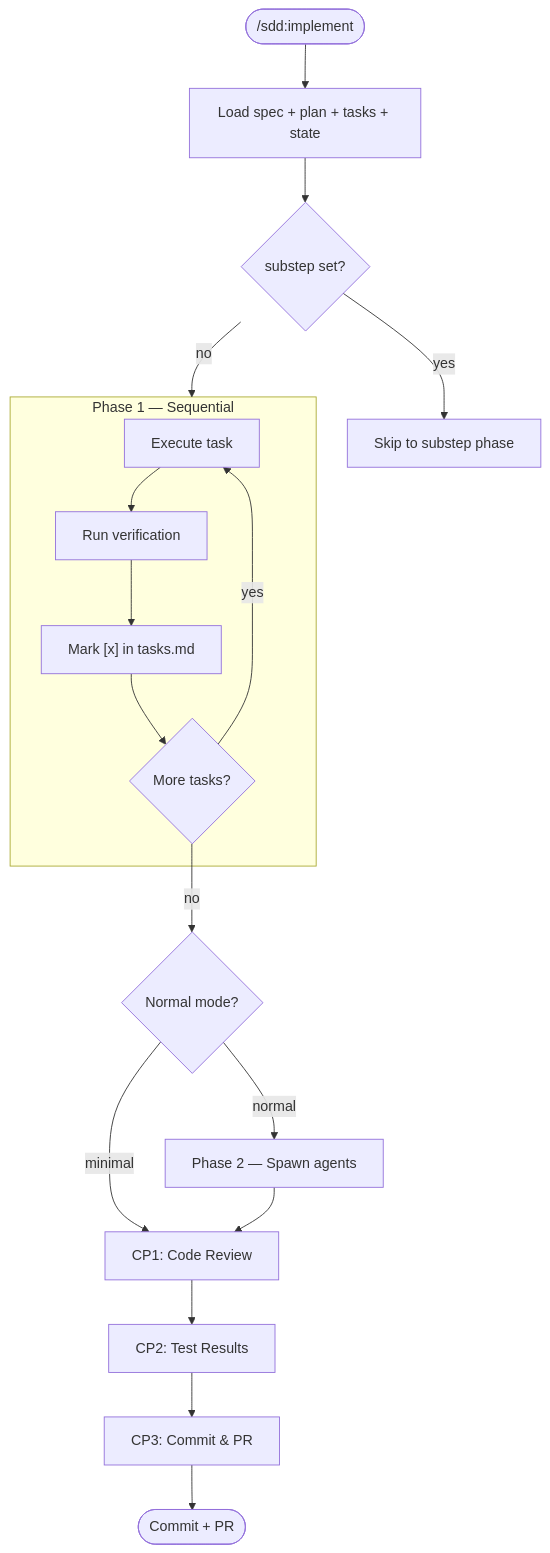
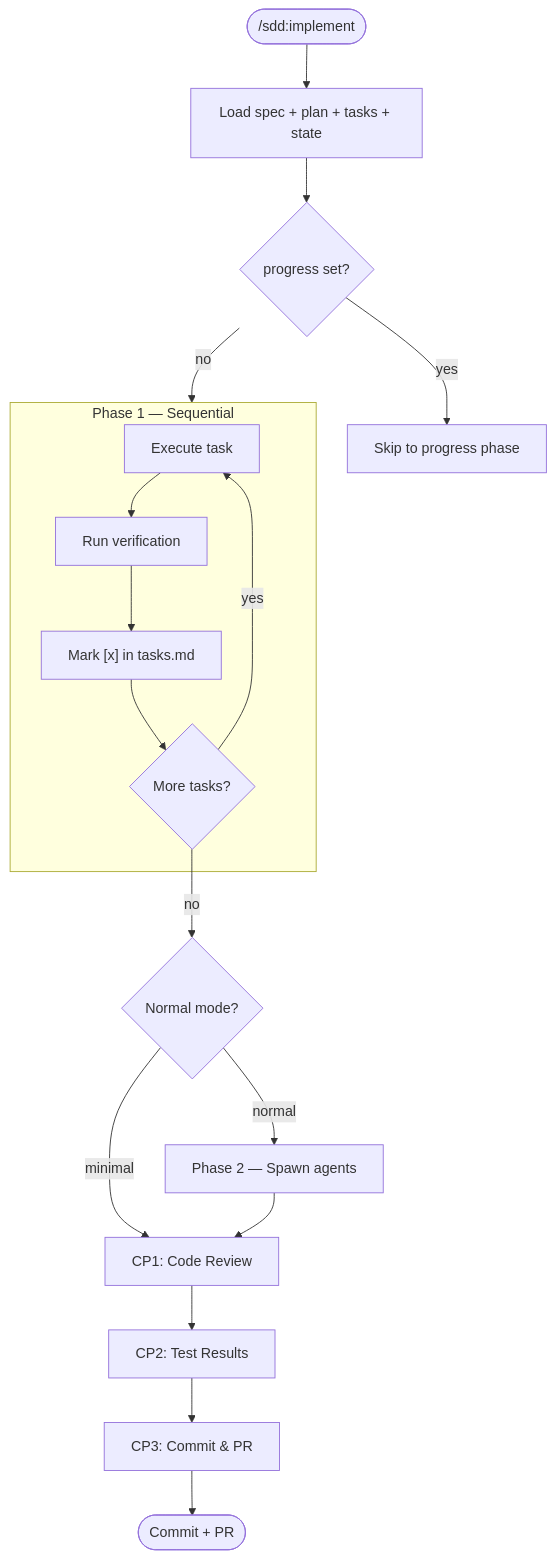
One commit to alfredoperez/sdd changed the fifth of 5 diagrams in docs/ARCHITECTURE.md. Above: the diagram before and after it, drawn with Mermaid. The commit also changed other lines of this file and 13 other files, not shown here.

First line of the commit message:
feat(skills): align spec-context schema with SpecKit Companion

````diff
--- a/docs/ARCHITECTURE.md
+++ b/docs/ARCHITECTURE.md
@@ -260,22 +270,22 @@
 ```mermaid
 flowchart TD
     Start([/sdd:implement]) --> Load[Load spec + plan + tasks + state]
-    Load --> Resume{substep set?}
-    Resume -->|yes| Skip[Skip to substep phase]
+    Load --> Resume{progress set?}
+    Resume -->|yes| Skip[Skip to progress phase]
     Resume -->|no| Phase1
 
     subgraph Phase1["Phase 1 — Sequential"]
         Do[Execute task] --> Verify[Run verification]
         Verify --> Mark["Mark [x] in tasks.md"]
         Mark --> Next{More tasks?}
         Next -->|yes| Do
     end
 
     Next -->|no| Mode{Normal mode?}
     Mode -->|minimal| CP1
     Mode -->|normal| Phase2[Phase 2 — Spawn agents] --> CP1
 
     CP1[CP1: Code Review] --> CP2[CP2: Test Results]
     CP2 --> CP3[CP3: Commit & PR]
     CP3 --> Done([Commit + PR])
 ```
````
